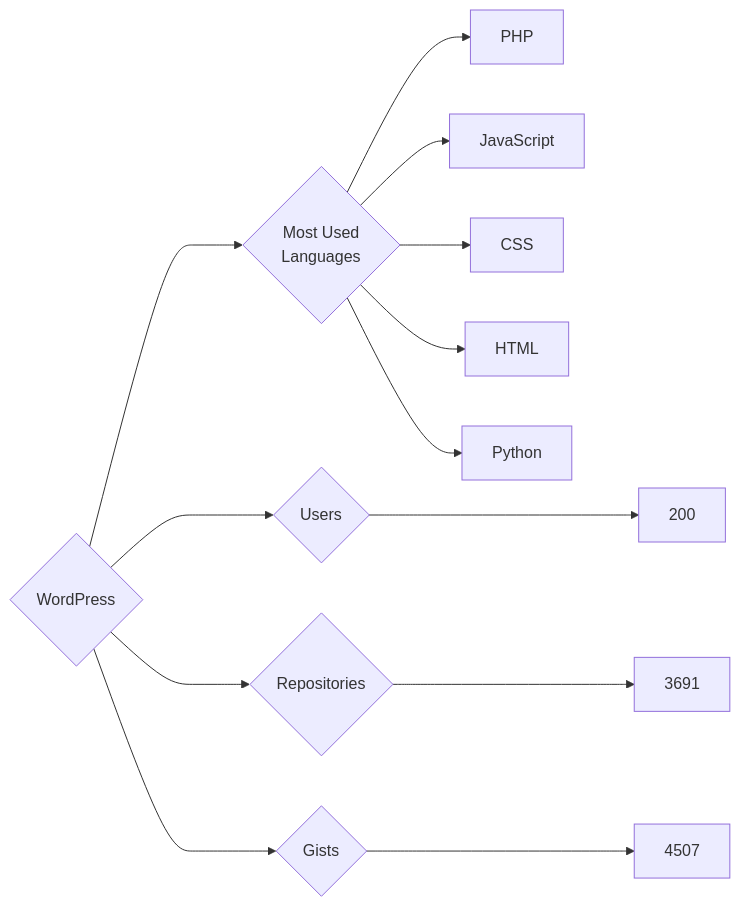
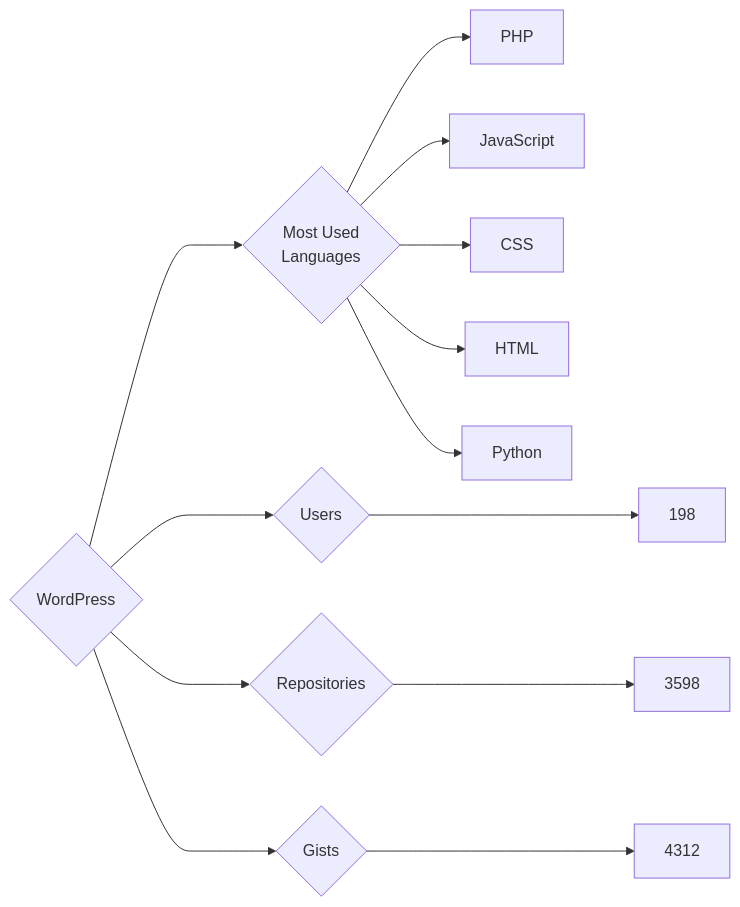
One commit to trickest/insiders changed the diagram in targets/WordPress/README.md. Above: the diagram before and after it, drawn with Mermaid. The commit also changed 814 other files, not shown here.

````diff
--- a/targets/WordPress/README.md
+++ b/targets/WordPress/README.md
@@ -3,13 +3,13 @@
 ```mermaid
 graph LR
 COMPANY_NAME{WordPress}
-COMPANY_NAME ---> U{Users} ---> UN[200]
-COMPANY_NAME ---> R{Repositories} ---> RN[3691]
-COMPANY_NAME ---> G{Gists} ---> GN[4507]
+COMPANY_NAME ---> U{Users} ---> UN[198]
+COMPANY_NAME ---> R{Repositories} ---> RN[3598]
+COMPANY_NAME ---> G{Gists} ---> GN[4312]
 COMPANY_NAME ---> ML{Most Used<br>Languages}
 ML --> PHP[PHP]
 ML --> JavaScript[JavaScript]
 ML --> CSS[CSS]
 ML --> HTML[HTML]
 ML --> Python[Python]
 ```
````
